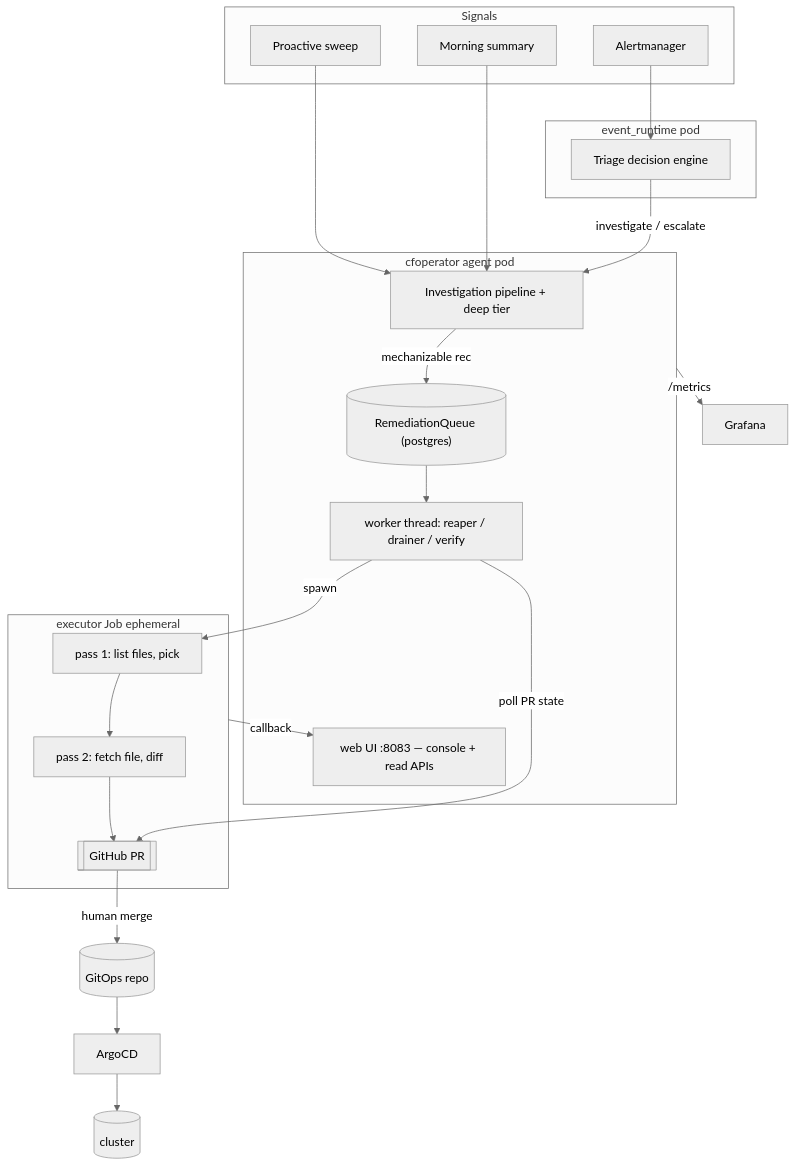
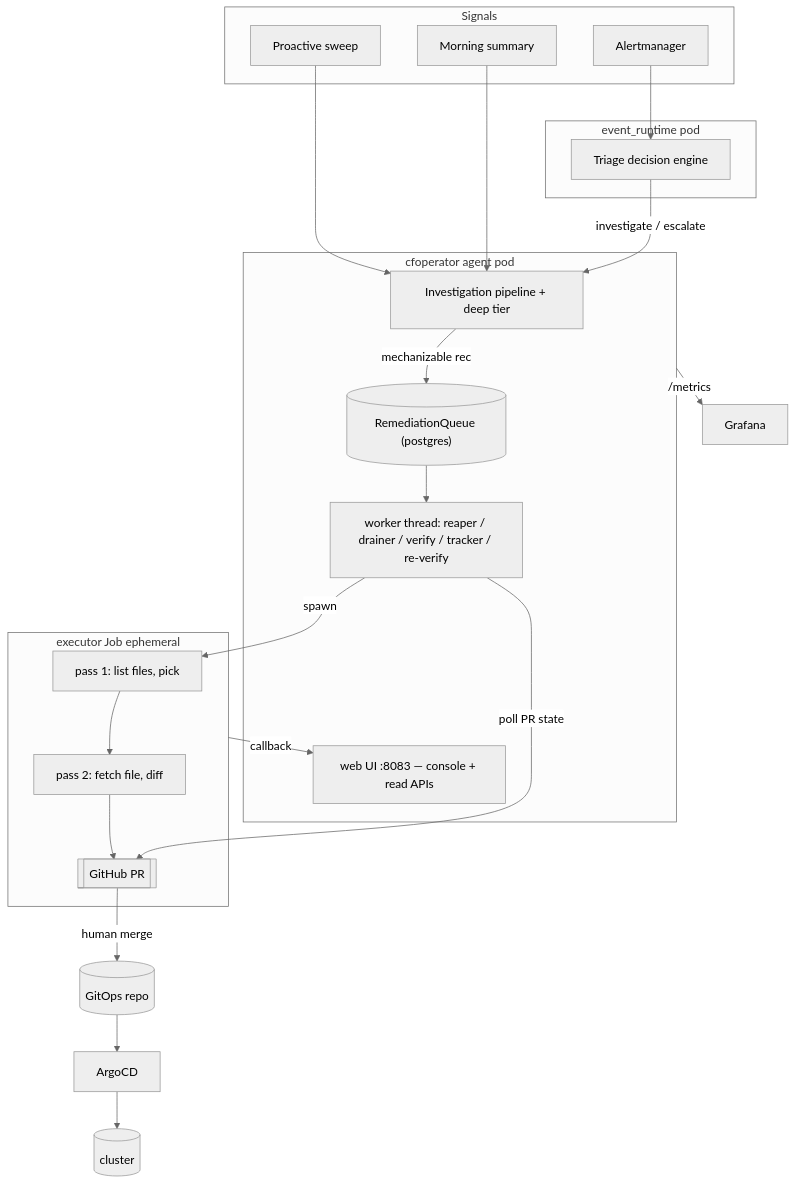
One commit to aachtenberg/cfoperator changed the first of 3 diagrams in docs/REMEDIATION.md. Above: the diagram before and after it, drawn with Mermaid (neutral theme). The commit also changed other lines of this file and 50 other files, not shown here.

````diff
--- a/docs/REMEDIATION.md
+++ b/docs/REMEDIATION.md
@@ -27,32 +31,32 @@
 ```mermaid
 flowchart TB
   subgraph sources[Signals]
     AL[Alertmanager]
     SW[Proactive sweep]
     MS[Morning summary]
   end
   subgraph ER[event_runtime pod]
     TR[Triage decision engine]
   end
   subgraph AG[cfoperator agent pod]
     INV["Investigation pipeline + deep tier"]
     Q[("RemediationQueue (postgres)")]
-    WK["worker thread: reaper / drainer / verify"]
+    WK["worker thread: reaper / drainer / verify / tracker / re-verify"]
     WEB["web UI :8083 — console + read APIs"]
     INV -->|"mechanizable rec"| Q
     Q --> WK
   end
   subgraph EX[executor Job ephemeral]
     P1["pass 1: list files, pick"] --> P2["pass 2: fetch file, diff"] --> PR
   end
   AL --> TR
   SW --> INV
   MS --> INV
   TR -->|"investigate / escalate"| INV
   WK -->|"spawn"| P1
   PR[["GitHub PR"]] -->|"human merge"| GH[("GitOps repo")]
   GH --> ARGO[ArgoCD] --> CLUSTER[(cluster)]
   EX -->|"callback"| WEB
   WK -->|"poll PR state"| PR
   AG -->|"/metrics"| GRAF[Grafana]
 ```
````
